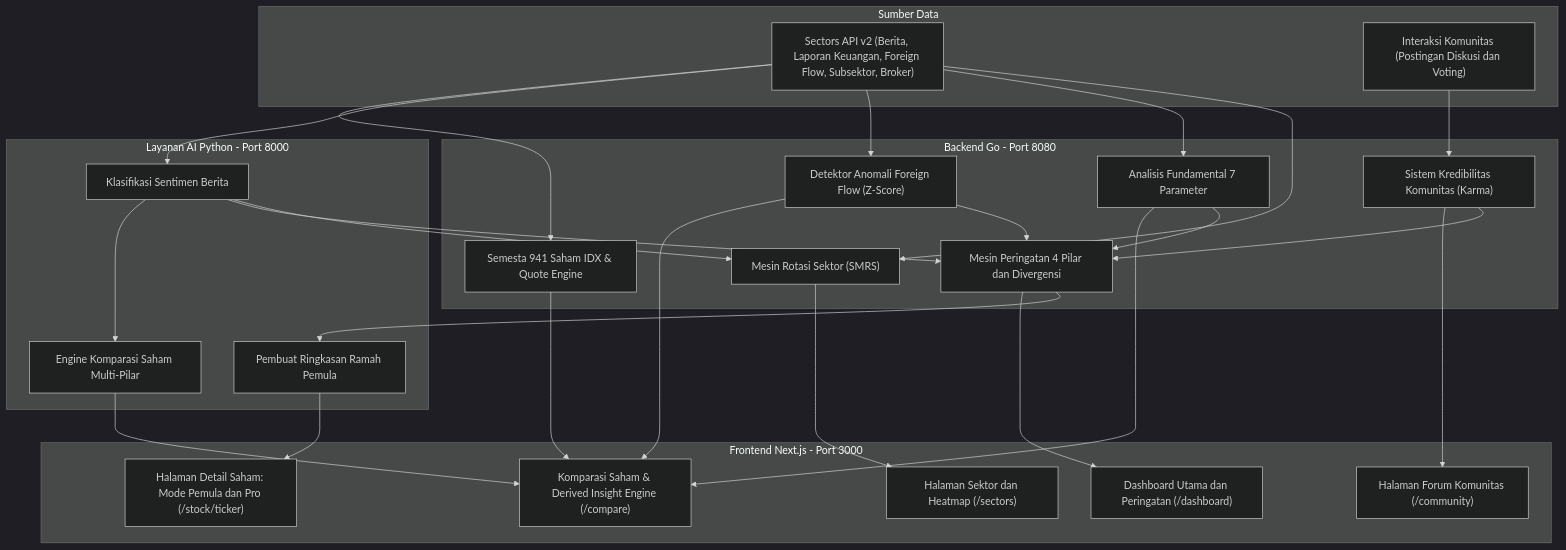
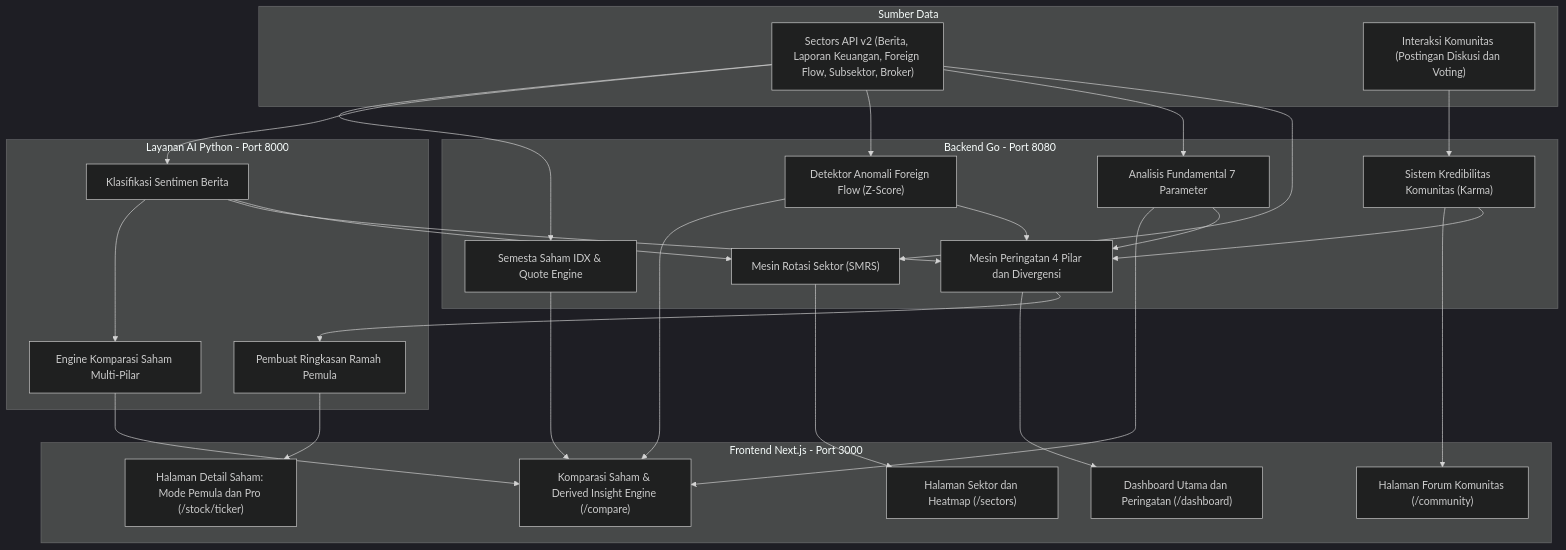
The diagram in README.md (wkloose/sector-insight), drawn with Mermaid (dark theme) before and after one commit. The commit also changed other lines of this file and 1 other file, not shown here.

````diff
--- a/README.md
+++ b/README.md
@@ -33,52 +33,52 @@
 ```mermaid
 graph TD
     subgraph DATA["Sumber Data"]
         SEC["Sectors API v2 (Berita, Laporan Keuangan, Foreign Flow, Subsektor, Broker)"]
         COM["Interaksi Komunitas (Postingan Diskusi dan Voting)"]
     end
 
     subgraph BACKEND["Backend Go - Port 8080"]
         SMRS["Mesin Rotasi Sektor (SMRS)"]
         FUND["Analisis Fundamental 7 Parameter"]
         FLOW["Detektor Anomali Foreign Flow (Z-Score)"]
         KARMA["Sistem Kredibilitas Komunitas (Karma)"]
         ALERT["Mesin Peringatan 4 Pilar dan Divergensi"]
-        IDX_UNIV["Semesta 941 Saham IDX & Quote Engine"]
+        IDX_UNIV["Semesta Saham IDX & Quote Engine"]
     end
 
     subgraph AI["Layanan AI Python - Port 8000"]
         NLP_SENT["Klasifikasi Sentimen Berita"]
         NLP_BRIEF["Pembuat Ringkasan Ramah Pemula"]
         NLP_COMPARE["Engine Komparasi Saham Multi-Pilar"]
     end
 
     subgraph FRONTEND["Frontend Next.js - Port 3000"]
         UI_SECTORS["Halaman Sektor dan Heatmap (/sectors)"]
         UI_COMMUNITY["Halaman Forum Komunitas (/community)"]
         UI_STOCK["Halaman Detail Saham: Mode Pemula dan Pro (/stock/ticker)"]
         UI_DASHBOARD["Dashboard Utama dan Peringatan (/dashboard)"]
         UI_COMPARE["Komparasi Saham & Derived Insight Engine (/compare)"]
     end
 
     SEC --> SMRS
     SEC --> FUND
     SEC --> FLOW
     SEC --> NLP_SENT
     SEC --> IDX_UNIV
     COM --> KARMA
     NLP_SENT --> SMRS
     NLP_SENT --> ALERT
     NLP_SENT --> NLP_COMPARE
     FUND --> ALERT
     FUND --> UI_COMPARE
     FLOW --> ALERT
     FLOW --> UI_COMPARE
     KARMA --> ALERT
     ALERT --> NLP_BRIEF
     IDX_UNIV --> UI_COMPARE
     NLP_COMPARE --> UI_COMPARE
     SMRS --> UI_SECTORS
     KARMA --> UI_COMMUNITY
     NLP_BRIEF --> UI_STOCK
     ALERT --> UI_DASHBOARD
 ```
````
